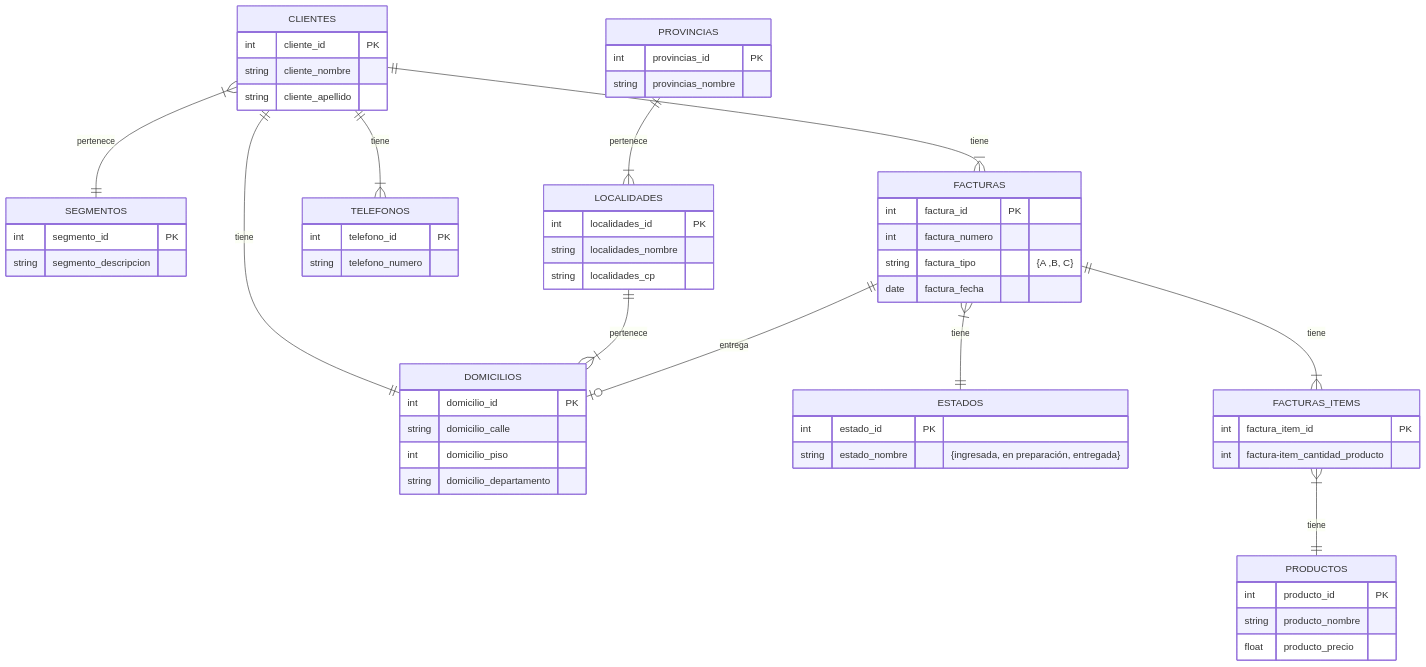
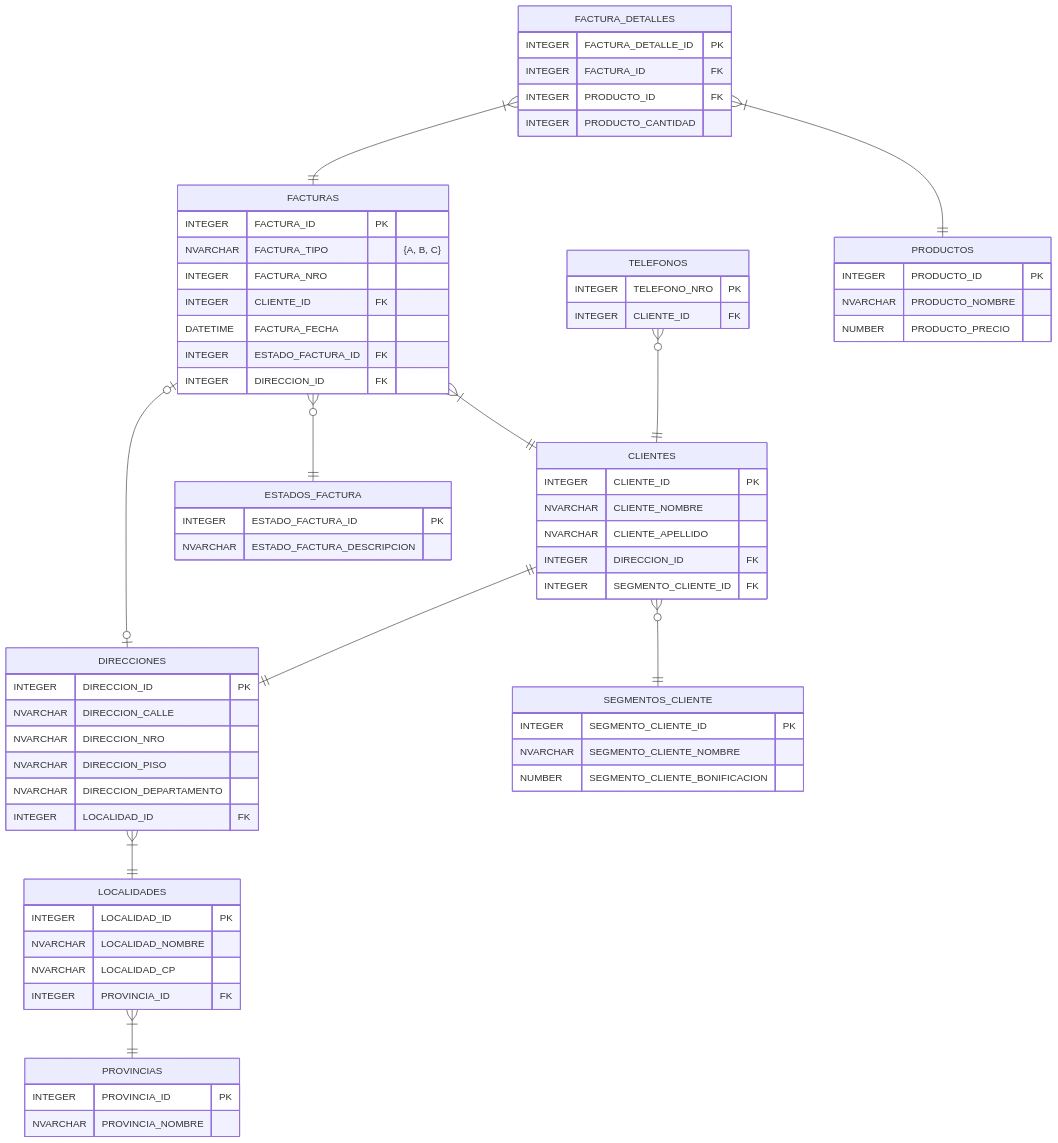
The fourth of 4 diagrams in materias/base-datos/tps/TPF.md (ppandomail/data), drawn with Mermaid before and after one commit. The commit also changed other lines of this file and 1 other file, not shown here.

````diff
--- a/materias/base-datos/tps/TPF.md
+++ b/materias/base-datos/tps/TPF.md
@@ -41,60 +204,71 @@
 ```mermaid
 erDiagram
-    CLIENTES }|--|| SEGMENTOS : pertenece
-    CLIENTES ||--|| DOMICILIOS: tiene
-    CLIENTES ||--}| FACTURAS: tiene
-    CLIENTES ||--}| TELEFONOS: tiene
+    FACTURAS }|--|| CLIENTES : ""
+    FACTURAS }o--|| ESTADOS_FACTURA : ""
+    FACTURAS |o--o| DIRECCIONES : ""
+    FACTURAS {
+      INTEGER  FACTURA_ID PK
+      NVARCHAR FACTURA_TIPO "{A, B, C}"
+      INTEGER  FACTURA_NRO
+      INTEGER  CLIENTE_ID FK
+      DATETIME FACTURA_FECHA
+      INTEGER  ESTADO_FACTURA_ID FK
+      INTEGER  DIRECCION_ID FK
+    }
+    CLIENTES ||--|| DIRECCIONES : ""
+    CLIENTES }o--|| SEGMENTOS_CLIENTE : ""
     CLIENTES {
-      int    cliente_id PK
-      string cliente_nombre
-      string cliente_apellido
+      INTEGER  CLIENTE_ID PK
+      NVARCHAR CLIENTE_NOMBRE
+      NVARCHAR CLIENTE_APELLIDO
+      INTEGER  DIRECCION_ID FK
+      INTEGER  SEGMENTO_CLIENTE_ID FK 
     }
-    SEGMENTOS {
-      int    segmento_id PK
-      string segmento_descripcion
+    DIRECCIONES }|--|| LOCALIDADES : ""
+    DIRECCIONES {
+      INTEGER  DIRECCION_ID PK
+      NVARCHAR DIRECCION_CALLE
+      NVARCHAR DIRECCION_NRO
+      NVARCHAR DIRECCION_PISO
+      NVARCHAR DIRECCION_DEPARTAMENTO
+      INTEGER  LOCALIDAD_ID FK
     }
-    DOMICILIOS {
-        int    domicilio_id PK
-        string domicilio_calle
-        int    domicilio_piso
-        string domicilio_departamento
+    LOCALIDADES }|--|| PROVINCIAS : ""
+    LOCALIDADES {
+      INTEGER  LOCALIDAD_ID PK
+      NVARCHAR LOCALIDAD_NOMBRE
+      NVARCHAR LOCALIDAD_CP
+      INTEGER  PROVINCIA_ID FK
     }
-    LOCALIDADES ||--}| DOMICILIOS : pertenece
-    LOCALIDADES {
-        int    localidades_id PK
-        string localidades_nombre
-        string localidades_cp
+    PROVINCIAS {
+      INTEGER  PROVINCIA_ID PK
+      NVARCHAR PROVINCIA_NOMBRE
     }
-    PROVINCIAS ||--}| LOCALIDADES : pertenece
-    PROVINCIAS {
-        int    provincias_id PK
-        string provincias_nombre
+    TELEFONOS }o--|| CLIENTES : ""
+    TELEFONOS {
+      INTEGER TELEFONO_NRO PK
+      INTEGER CLIENTE_ID FK
     }
-    TELEFONOS {
-      int    telefono_id PK
-      string telefono_numero  
+    SEGMENTOS_CLIENTE {
+      INTEGER  SEGMENTO_CLIENTE_ID PK
+      NVARCHAR SEGMENTO_CLIENTE_NOMBRE
+      NUMBER   SEGMENTO_CLIENTE_BONIFICACION
     }
-    FACTURAS ||--o| DOMICILIOS: entrega
-    FACTURAS }|--|| ESTADOS: tiene
-    FACTURAS ||--}| FACTURAS_ITEMS: tiene
-    FACTURAS {
-        int    factura_id PK
-        int    factura_numero
-        string factura_tipo     "{A ,B, C}"
-        date   factura_fecha
+    ESTADOS_FACTURA {
+      INTEGER  ESTADO_FACTURA_ID PK
+      NVARCHAR ESTADO_FACTURA_DESCRIPCION
     }
-    ESTADOS {
-        int    estado_id PK
-        string estado_nombre     "{ingresada, en preparación, entregada}"
-    }
-    FACTURAS_ITEMS }|--|| PRODUCTOS: tiene
-    FACTURAS_ITEMS {
-        int factura_item_id PK
-        int factura-item_cantidad_producto  
+    FACTURA_DETALLES }|--|| FACTURAS : ""
+    FACTURA_DETALLES }|--|| PRODUCTOS : ""
+    FACTURA_DETALLES {
+      INTEGER FACTURA_DETALLE_ID PK
+      INTEGER FACTURA_ID FK
+      INTEGER PRODUCTO_ID FK
+      INTEGER  PRODUCTO_CANTIDAD
     }
     PRODUCTOS {
-        int    producto_id PK
-        string producto_nombre
-        float  producto_precio
+      INTEGER  PRODUCTO_ID PK
+      NVARCHAR PRODUCTO_NOMBRE
+      NUMBER   PRODUCTO_PRECIO
     }
 ```
````
